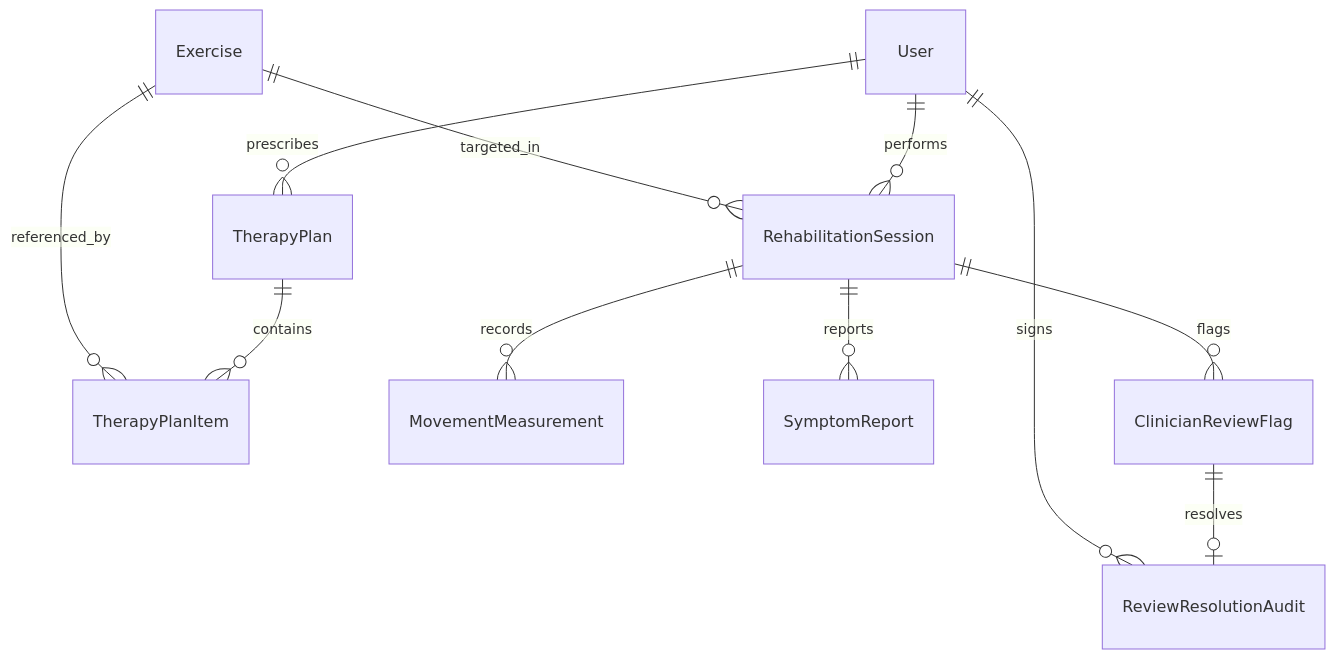
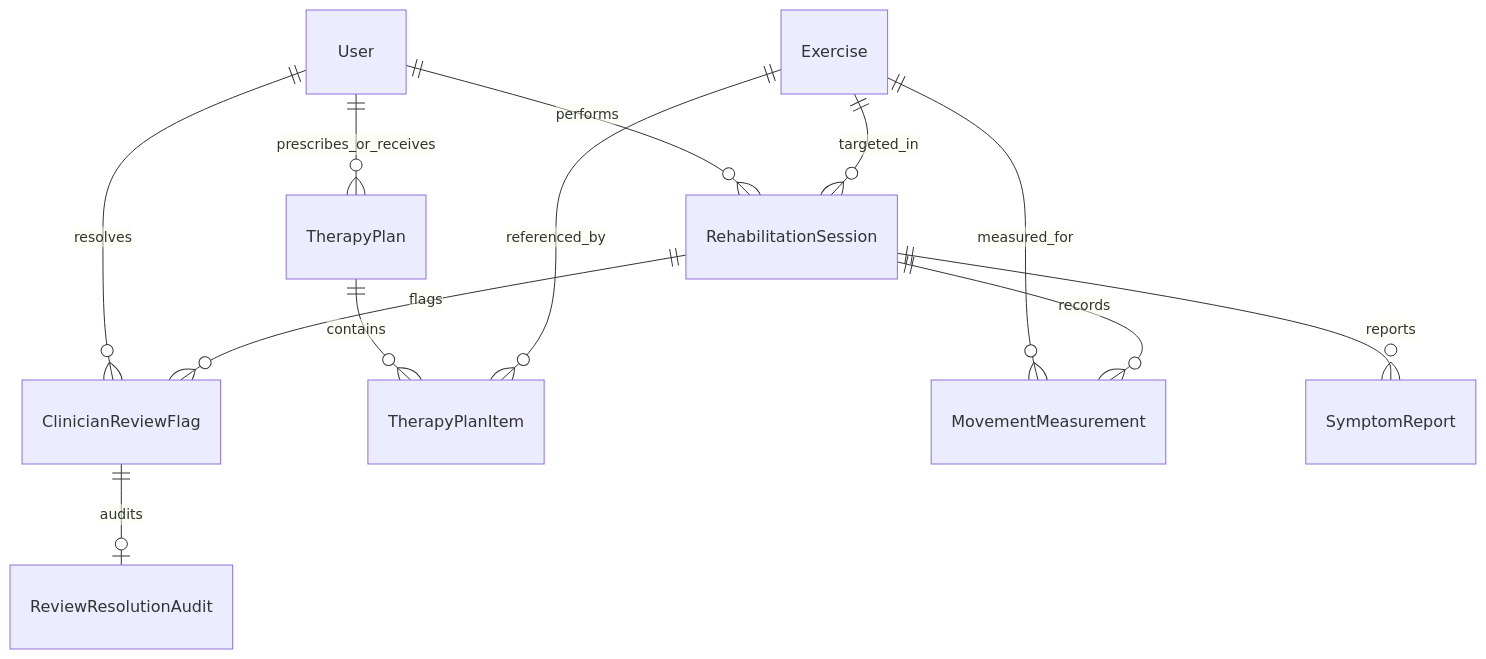
One commit to AnandhaKrishnaR/RehabSense-AI changed the diagram in docs/data-model.md. Above: the diagram before and after it, drawn with Mermaid. The commit also changed other lines of this file and 35 other files, not shown here.

````diff
--- a/docs/data-model.md
+++ b/docs/data-model.md
@@ -5,13 +5,14 @@
 ```mermaid
 erDiagram
-    User ||--o{ TherapyPlan : prescribes
+    User ||--o{ TherapyPlan : prescribes_or_receives
     User ||--o{ RehabilitationSession : performs
+    User ||--o{ ClinicianReviewFlag : resolves
     TherapyPlan ||--o{ TherapyPlanItem : contains
     Exercise ||--o{ TherapyPlanItem : referenced_by
     Exercise ||--o{ RehabilitationSession : targeted_in
+    Exercise ||--o{ MovementMeasurement : measured_for
     RehabilitationSession ||--o{ MovementMeasurement : records
     RehabilitationSession ||--o{ SymptomReport : reports
     RehabilitationSession ||--o{ ClinicianReviewFlag : flags
-    ClinicianReviewFlag ||--o| ReviewResolutionAudit : resolves
-    User ||--o{ ReviewResolutionAudit : signs
+    ClinicianReviewFlag ||--o| ReviewResolutionAudit : audits
 ```
````
